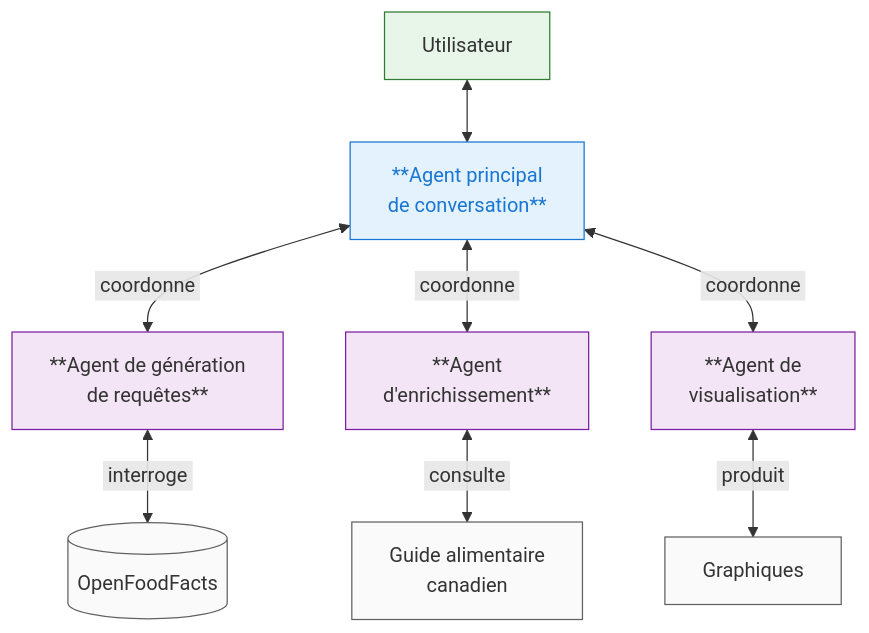
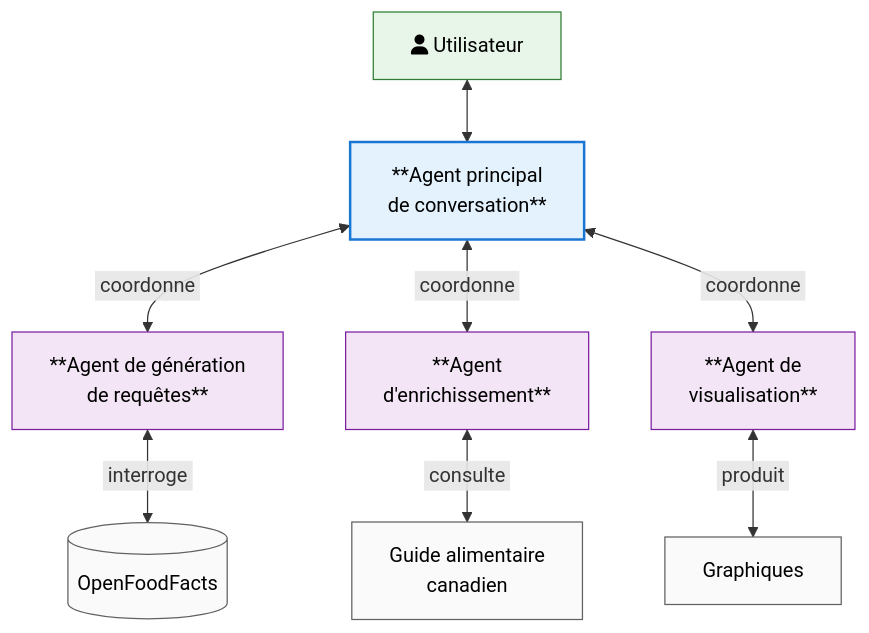
One commit to boisalai/ift-6005 changed the diagram in docs/markdown/plan.md. Above: the diagram before and after it, drawn with Mermaid.

````diff
--- a/docs/markdown/plan.md
+++ b/docs/markdown/plan.md
@@ -63,29 +63,29 @@
 ```mermaid
 graph TD
     %%classDef main fill:#c8e6c9,stroke:#4caf50
     %%classDef agent fill:#c8e6c9,stroke:#4caf50
     %%classDef resource fill:#f0f0f0,stroke:#cccccc
 
-    classDef main fill:#e3f2fd,stroke:#1976d2,color:#1976d2,stroke-width:2px  %% Bleu pour l'agent principal
-    classDef agent fill:#f3e5f5,stroke:#7b1fa2,color:#7b1fa2  %% Violet pour les agents secondaires
-    classDef resource fill:#fafafa,stroke:#616161,color:#616161  %% Gris neutre pour les ressources
-    classDef user fill:#e8f5e9,stroke:#2e7d32,color:#2e7d32     %% Vert pour l'utilisateur
+    classDef main fill:#e3f2fd,stroke:#1976d2,color:#000000,stroke-width:2px
+    classDef agent fill:#f3e5f5,stroke:#7b1fa2,color:#000000
+    classDef resource fill:#fafafa,stroke:#616161,color:#000000
+    classDef user fill:#e8f5e9,stroke:#2e7d32,color:#000000
 
-    U[Utilisateur] <--> MA[**Agent principal<br>de conversation**]
+    U[fa:fa-user Utilisateur] <--> MA[**Agent principal<br>de conversation**]
     MA <-->|&nbsp;coordonne&nbsp;| A1[**Agent de génération<br>de requêtes**]
     MA <-->|&nbsp;coordonne&nbsp;| A2[**Agent<br>d'enrichissement**]
     MA <-->|&nbsp;coordonne&nbsp;| A3[**Agent de<br>visualisation**]
     
     A1 <-->|&nbsp;interroge&nbsp;| DB[(OpenFoodFacts)]
     A2 <-->|&nbsp;consulte&nbsp;| GAC[Guide alimentaire<br>canadien]
     A3 <-->|&nbsp;produit&nbsp;| V[Graphiques]
     
     %%class MA main
     %%class A1,A2,A3 agent
     %%class U,DB,GAC,V resource
 
     class MA main
     class A1,A2,A3 agent
     class DB,GAC,V resource
     class U user
 ```
````
